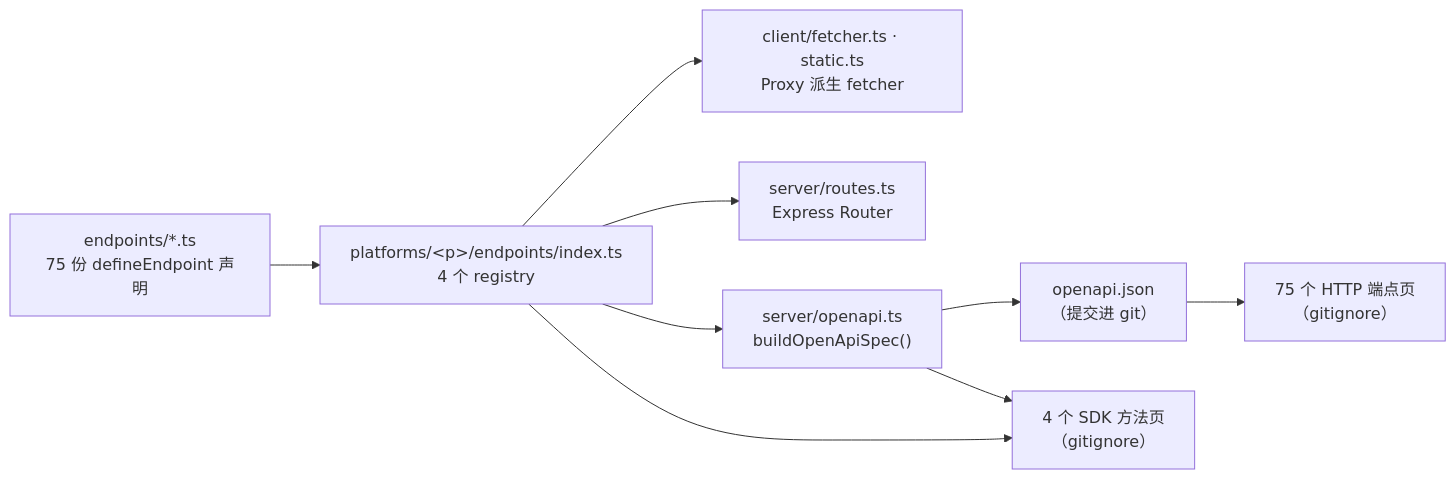
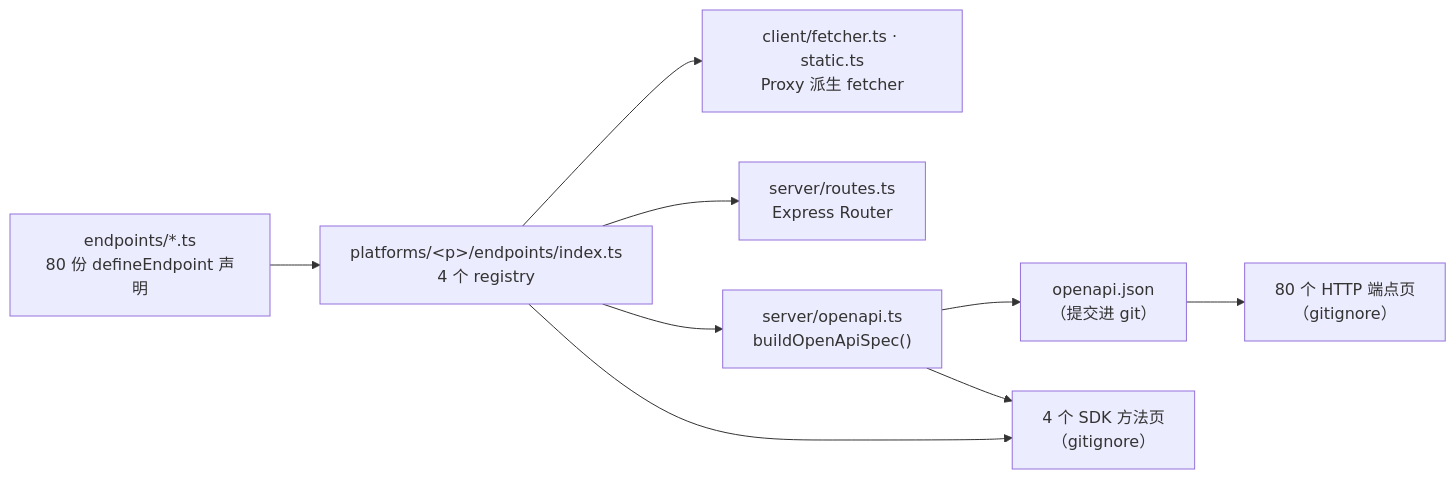
One commit to ikenxuan/amagi changed the diagram in packages/docs/content/docs/v7/dev/internals/registry.mdx. Above: the diagram before and after it, drawn with Mermaid. The commit also changed other lines of this file and 18 other files, not shown here.

````diff
--- a/packages/docs/content/docs/v7/dev/internals/registry.mdx
+++ b/packages/docs/content/docs/v7/dev/internals/registry.mdx
@@ -75,19 +75,19 @@
 ```mermaid
 flowchart LR
-  D["endpoints/*.ts<br/>75 份 defineEndpoint 声明"]
+  D["endpoints/*.ts<br/>80 份 defineEndpoint 声明"]
   R["platforms/&lt;p&gt;/endpoints/index.ts<br/>4 个 registry"]
   F["client/fetcher.ts · static.ts<br/>Proxy 派生 fetcher"]
   S["server/routes.ts<br/>Express Router"]
   O["server/openapi.ts<br/>buildOpenApiSpec()"]
   J["openapi.json<br/>（提交进 git）"]
-  H["75 个 HTTP 端点页<br/>（gitignore）"]
+  H["80 个 HTTP 端点页<br/>（gitignore）"]
   K["4 个 SDK 方法页<br/>（gitignore）"]
   D --> R
   R --> F
   R --> S
   R --> O
   O --> J
   J --> H
   R --> K
   O --> K
 ```
````
